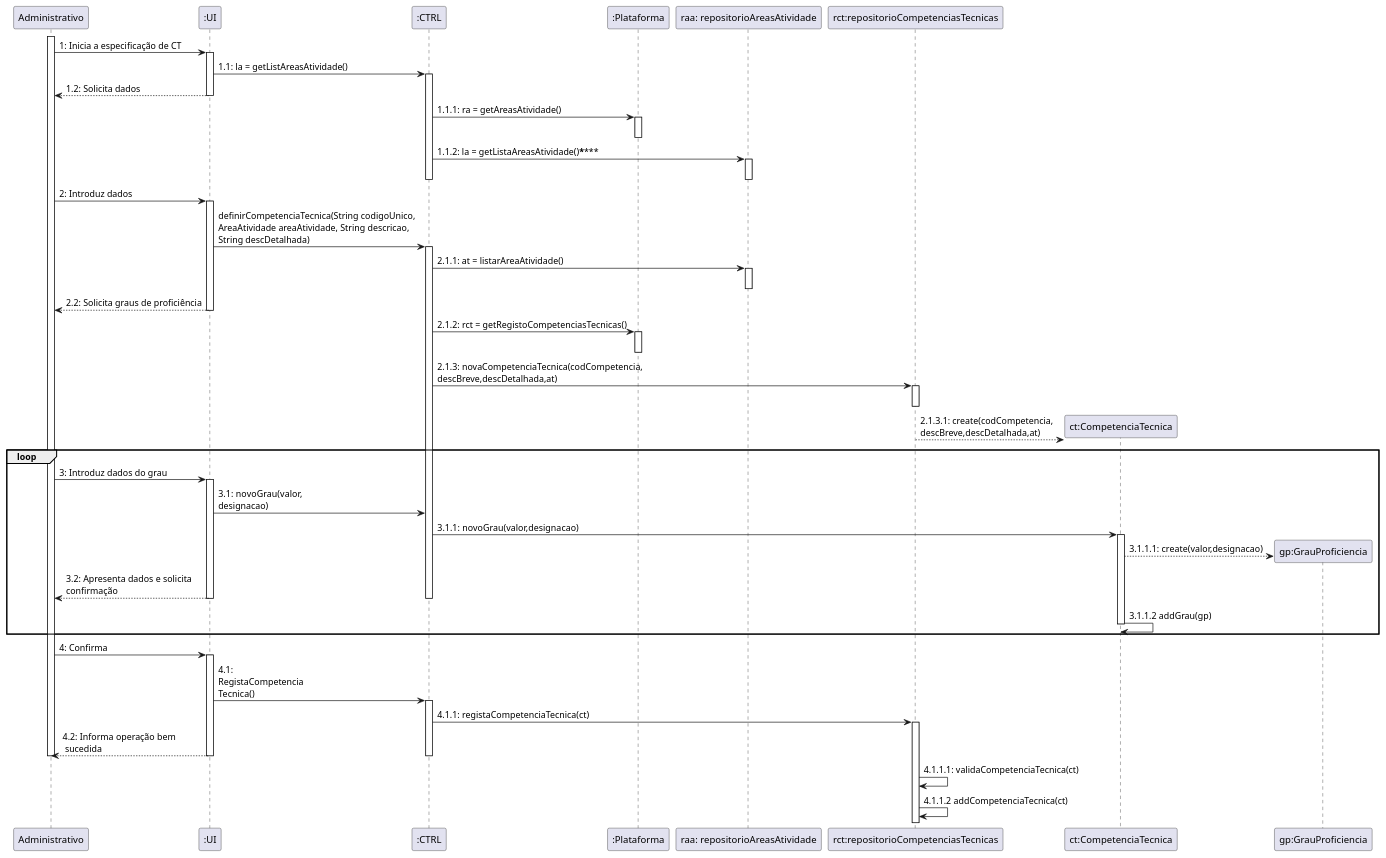
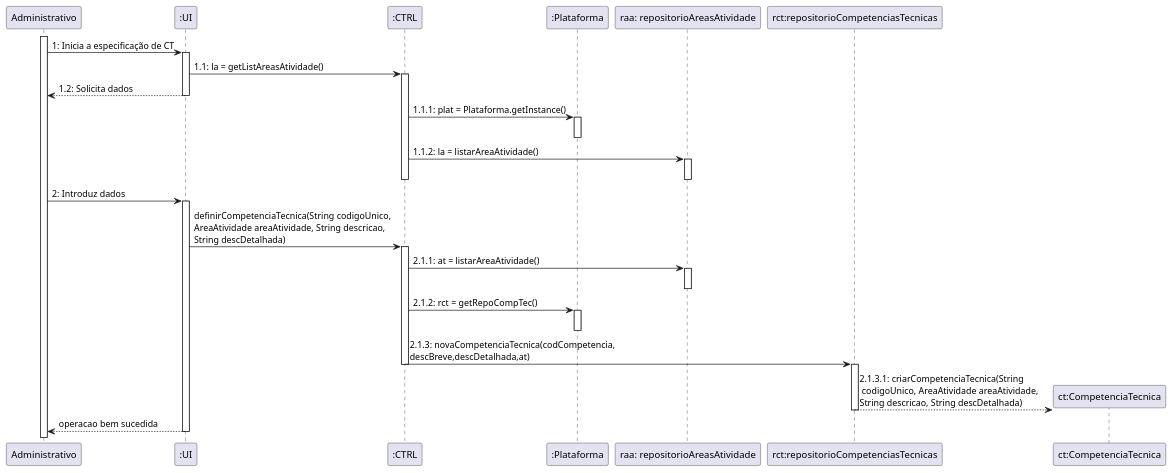
Before and after one commit to pedro-miguez/upskill_java1_labprg_grupo3: the diagram in Sprint 2/UC4_Definir_Competência_Técnica/UC4_SequenceDiagram.plantuml, drawn with PlantUML. The commit also changed 1 other file, not shown here.

```diff
--- a/Sprint 2/UC4_Definir_Competência_Técnica/UC4_SequenceDiagram.plantuml
+++ b/Sprint 2/UC4_Definir_Competência_Técnica/UC4_SequenceDiagram.plantuml
@@ -1,58 +1,38 @@
 @startuml
+
 participant Administrativo
 activate Administrativo
 Administrativo -> ":UI": 1: Inicia a especificação de CT 
 activate ":UI"
 ":UI" -> ":CTRL" : 1.1: la = getListAreasAtividade()
 activate ":CTRL"
 ":UI" --> Administrativo : 1.2: Solicita dados
 deactivate ":UI"
-":CTRL" -> ":Plataforma" : 1.1.1: ra = getAreasAtividade()
+":CTRL" -> ":Plataforma" : 1.1.1: plat = Plataforma.getInstance()
 activate ":Plataforma"
 deactivate ":Plataforma"
-":CTRL" -> "raa: repositorioAreasAtividade" : 1.1.2: la = getListaAreasAtividade()********
+":CTRL" -> "raa: repositorioAreasAtividade" : 1.1.2: la = listarAreaAtividade()
 activate "raa: repositorioAreasAtividade"
 deactivate "raa: repositorioAreasAtividade"
 deactivate ":CTRL"
 Administrativo -> ":UI": 2: Introduz dados
 activate ":UI"
 ":UI" -> ":CTRL" : definirCompetenciaTecnica(String codigoUnico, \nAreaAtividade areaAtividade, String descricao, \nString descDetalhada)
 activate ":CTRL"
 ":CTRL" -> "raa: repositorioAreasAtividade" : 2.1.1: at = listarAreaAtividade()
 activate "raa: repositorioAreasAtividade"
 deactivate "raa: repositorioAreasAtividade"
-":UI" --> Administrativo : 2.2: Solicita graus de proficiência
-deactivate ":UI"
-":CTRL" -> ":Plataforma" : 2.1.2: rct = getRegistoCompetenciasTecnicas()
+":CTRL" -> ":Plataforma" : 2.1.2: rct = getRepoCompTec()
 activate ":Plataforma"
 deactivate ":Plataforma"
 ":CTRL" -> "rct:repositorioCompetenciasTecnicas" : 2.1.3: novaCompetenciaTecnica(codCompetencia,\ndescBreve,descDetalhada,at)
+deactivate ":CTRL"
 activate "rct:repositorioCompetenciasTecnicas"
 deactivate "rct:repositorioCompetenciasTecnicas"
-"rct:repositorioCompetenciasTecnicas" --> "ct:CompetenciaTecnica" ** : 2.1.3.1: create(codCompetencia,\ndescBreve,descDetalhada,at)
-loop
-Administrativo -> ":UI": 3: Introduz dados do grau
-activate ":UI"
-":UI" -> ":CTRL" : 3.1: novoGrau(valor,\ndesignacao)
-":CTRL" -> "ct:CompetenciaTecnica" : 3.1.1: novoGrau(valor,designacao)
-activate "ct:CompetenciaTecnica"
-"ct:CompetenciaTecnica" --> "gp:GrauProficiencia" ** : 3.1.1.1: create(valor,designacao)
-":UI" --> Administrativo : 3.2: Apresenta dados e solicita\nconfirmação
+"rct:repositorioCompetenciasTecnicas" --> "ct:CompetenciaTecnica" ** : 2.1.3.1: criarCompetenciaTecnica(String\n codigoUnico, AreaAtividade areaAtividade,\nString descricao, String descDetalhada)
+deactivate "rct:repositorioCompetenciasTecnicas"
+":UI" --> Administrativo : operacao bem sucedida
 deactivate ":UI"
-deactivate ":CTRL"
-"ct:CompetenciaTecnica" -> "ct:CompetenciaTecnica" : 3.1.1.2 addGrau(gp)
-deactivate "ct:CompetenciaTecnica"
-end
-Administrativo -> ":UI": 4: Confirma
-activate ":UI"
-":UI" -> ":CTRL" : 4.1: \nRegistaCompetencia\nTecnica()
-activate ":CTRL"
-":CTRL" -> "rct:repositorioCompetenciasTecnicas" : 4.1.1: registaCompetenciaTecnica(ct)
-activate "rct:repositorioCompetenciasTecnicas"
-":UI" --> Administrativo : 4.2: Informa operação bem\n sucedida
-deactivate ":UI"
-deactivate ":CTRL"
-deactivate Administrativo
-"rct:repositorioCompetenciasTecnicas" -> "rct:repositorioCompetenciasTecnicas" : 4.1.1.1: validaCompetenciaTecnica(ct)
-"rct:repositorioCompetenciasTecnicas" -> "rct:repositorioCompetenciasTecnicas" : 4.1.1.2 addCompetenciaTecnica(ct)
+
+
 @enduml
```
